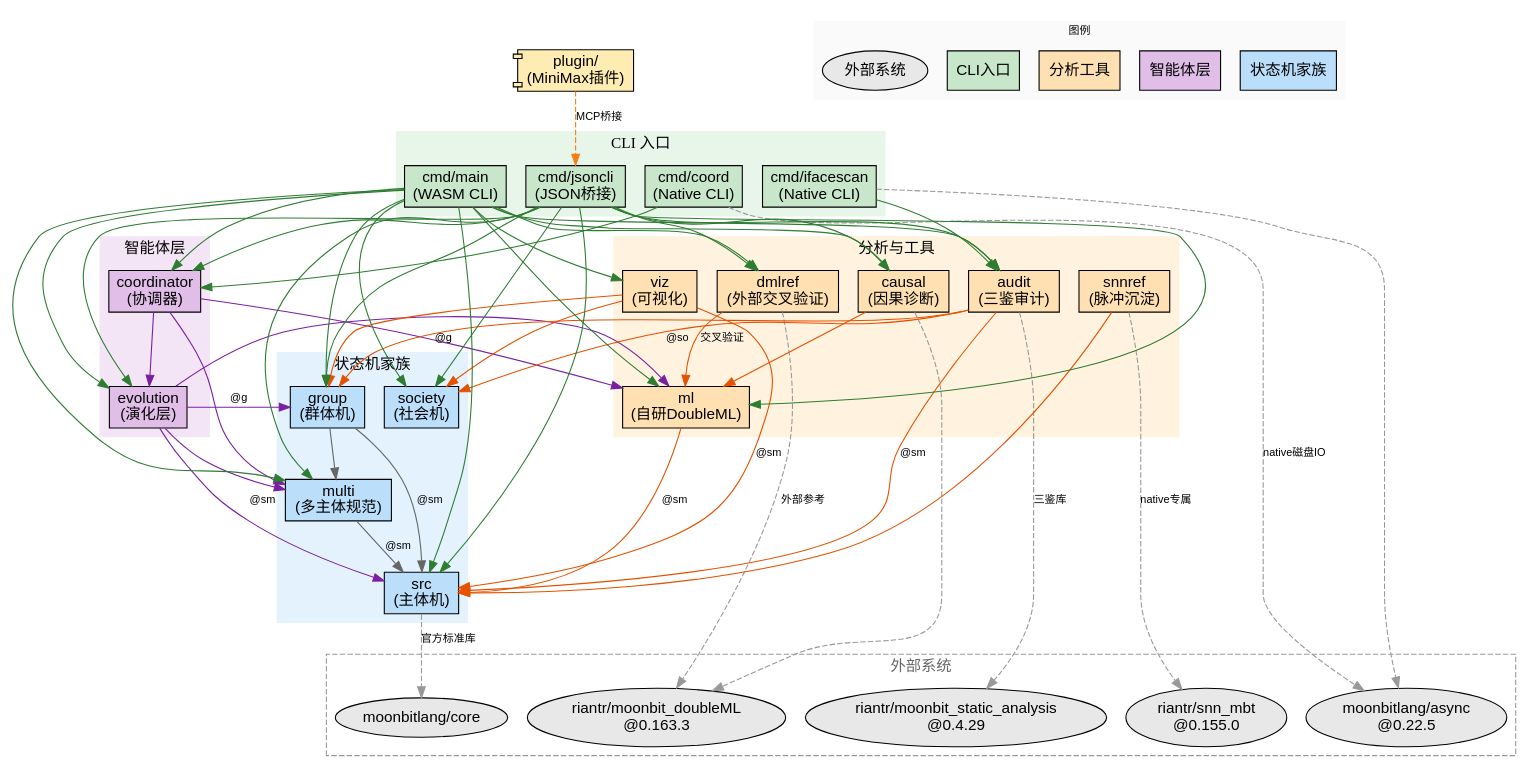
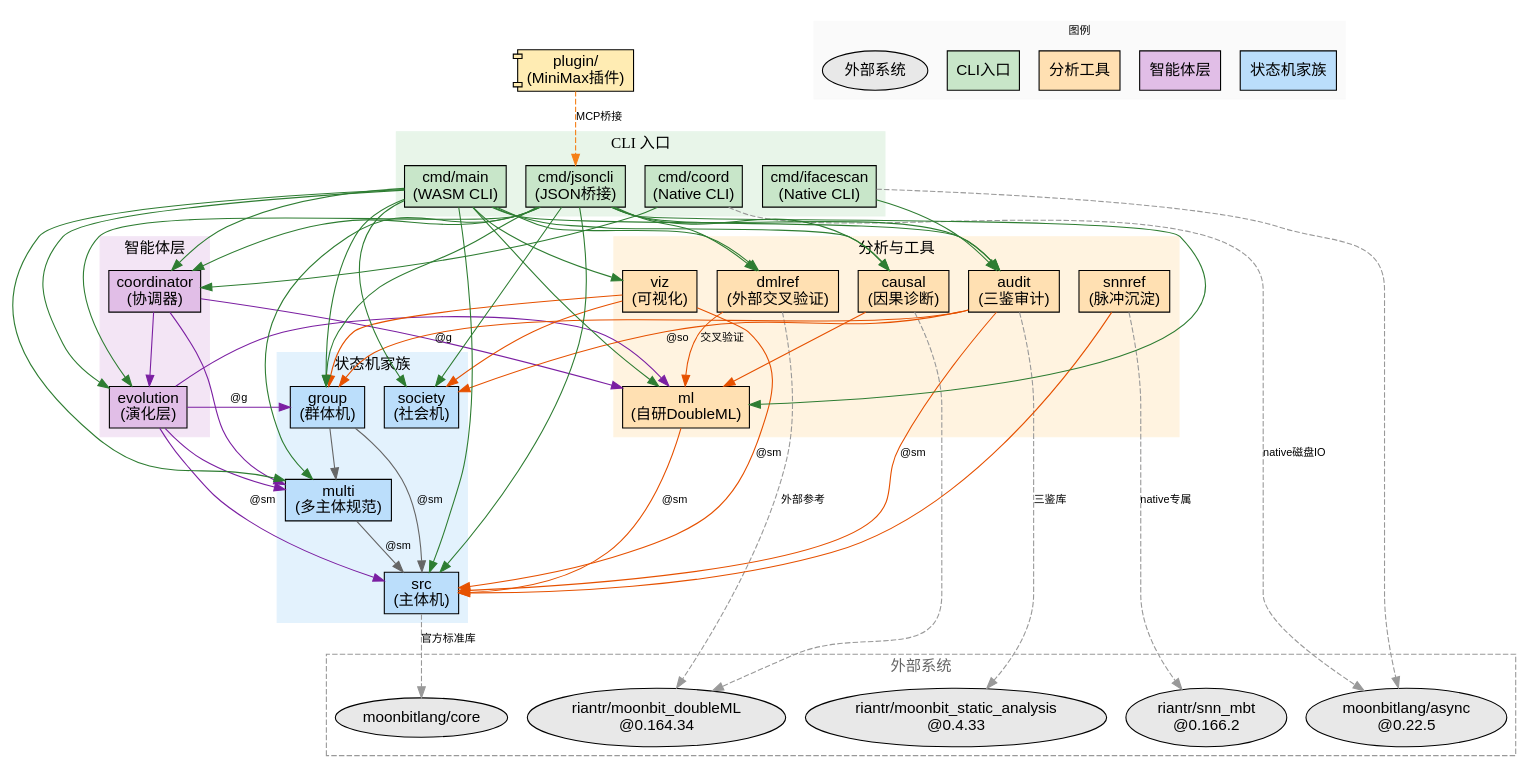
One commit to riantr/pyroduct changed the diagram in architecture/module-dependencies.dot. Above: the diagram before and after it, drawn with Graphviz. The commit also changed 52 other files, not shown here.

```diff
--- a/architecture/module-dependencies.dot
+++ b/architecture/module-dependencies.dot
@@ -1,158 +1,158 @@
 // Pyroduct Module Dependency Graph
 // Skill: system-modeler + graphviz
 // Date: 2026-10-11
 // Scope: Internal package dependencies and external system boundaries
 // Note: rankdir=TB for dense relationship graph
 
-// model-version: 0.1.32
+// model-version: 0.1.33
 digraph pyroduct_modules {
     rankdir=TB;
     node [shape=box, style=filled, fontname="Arial"];
     edge [fontname="Arial", fontsize=10];
 
     // External systems (boundary)
     subgraph cluster_external {
         label="外部系统";
         style=dashed;
         color="#999999";
         fontcolor="#666666";
 
         moonbit_core [label="moonbitlang/core", fillcolor="#E8E8E8", shape=ellipse];
         moonbit_async [label="moonbitlang/async\n@0.22.5", fillcolor="#E8E8E8", shape=ellipse];
-        moonbit_doubleml [label="riantr/moonbit_doubleML\n@0.163.3", fillcolor="#E8E8E8", shape=ellipse];
-        moonbit_snn [label="riantr/snn_mbt\n@0.155.0", fillcolor="#E8E8E8", shape=ellipse];
-        moonbit_sa [label="riantr/moonbit_static_analysis\n@0.4.29", fillcolor="#E8E8E8", shape=ellipse];
+        moonbit_doubleml [label="riantr/moonbit_doubleML\n@0.164.34", fillcolor="#E8E8E8", shape=ellipse];
+        moonbit_snn [label="riantr/snn_mbt\n@0.166.2", fillcolor="#E8E8E8", shape=ellipse];
+        moonbit_sa [label="riantr/moonbit_static_analysis\n@0.4.33", fillcolor="#E8E8E8", shape=ellipse];
     }
 
     // State machine family (core)
     subgraph cluster_statemachine {
         label="状态机家族";
         style=filled;
         color="#E3F2FD";
 
         src [label="src\n(主体机)", fillcolor="#BBDEFB"];
         multi [label="multi\n(多主体规范)", fillcolor="#BBDEFB"];
         group [label="group\n(群体机)", fillcolor="#BBDEFB"];
         society [label="society\n(社会机)", fillcolor="#BBDEFB"];
     }
 
     // Agent layer
     subgraph cluster_agent {
         label="智能体层";
         style=filled;
         color="#F3E5F5";
 
         evolution [label="evolution\n(演化层)", fillcolor="#E1BEE7"];
         coordinator [label="coordinator\n(协调器)", fillcolor="#E1BEE7"];
     }
 
     // Analysis & tools
     subgraph cluster_analysis {
         label="分析与工具";
         style=filled;
         color="#FFF3E0";
 
         ml [label="ml\n(自研DoubleML)", fillcolor="#FFE0B2"];
         dmlref [label="dmlref\n(外部交叉验证)", fillcolor="#FFE0B2"];
         causal [label="causal\n(因果诊断)", fillcolor="#FFE0B2"];
         audit [label="audit\n(三鉴审计)", fillcolor="#FFE0B2"];
         snnref [label="snnref\n(脉冲沉淀)", fillcolor="#FFE0B2"];
         viz [label="viz\n(可视化)", fillcolor="#FFE0B2"];
     }
 
     // CLI entry points
     subgraph cluster_cli {
         label="CLI 入口";
         style=filled;
         color="#E8F5E9";
 
         cmd_main [label="cmd/main\n(WASM CLI)", fillcolor="#C8E6C9"];
         cmd_coord [label="cmd/coord\n(Native CLI)", fillcolor="#C8E6C9"];
         cmd_ifacescan [label="cmd/ifacescan\n(Native CLI)", fillcolor="#C8E6C9"];
         cmd_jsoncli [label="cmd/jsoncli\n(JSON桥接)", fillcolor="#C8E6C9"];
     }
 
     // Plugin
     plugin [label="plugin/\n(MiniMax插件)", fillcolor="#FFECB3", shape=component];
 
     // Internal dependencies
     // State machine family
     multi -> src [label="@sm", color="#666666"];
     group -> src [label="@sm", color="#666666"];
     group -> multi [color="#666666"];
     // society: zero imports (基础包)
 
     // Agent layer
     evolution -> src [label="@sm", color="#7B1FA2"];
     evolution -> multi [color="#7B1FA2"];
     evolution -> group [label="@g", color="#7B1FA2"];
     evolution -> ml [color="#7B1FA2"];
 
     coordinator -> multi [color="#7B1FA2"];
     coordinator -> ml [color="#7B1FA2"];
     coordinator -> evolution [color="#7B1FA2"];
 
     // Analysis
     ml -> src [label="@sm", color="#E65100"];
     dmlref -> ml [label="交叉验证", color="#E65100"];
     causal -> ml [color="#E65100"];
     audit -> src [label="@sm", color="#E65100"];
     audit -> group [label="@g", color="#E65100"];
     audit -> society [label="@so", color="#E65100"];
     snnref -> src [color="#E65100"];
     viz -> src [label="@sm", color="#E65100"];
     viz -> group [color="#E65100"];
     viz -> society [color="#E65100"];
 
     // CLI dependencies
     cmd_main -> src [color="#2E7D32"];
     cmd_main -> multi [color="#2E7D32"];
     cmd_main -> group [color="#2E7D32"];
     cmd_main -> society [color="#2E7D32"];
     cmd_main -> evolution [color="#2E7D32"];
     cmd_main -> coordinator [color="#2E7D32"];
     cmd_main -> ml [color="#2E7D32"];
     cmd_main -> dmlref [color="#2E7D32"];
     cmd_main -> causal [color="#2E7D32"];
     cmd_main -> audit [color="#2E7D32"];
     cmd_main -> viz [color="#2E7D32"];
 
     cmd_coord -> coordinator [color="#2E7D32"];
     cmd_ifacescan -> audit [color="#2E7D32"];
     cmd_jsoncli -> src [color="#2E7D32"];
     cmd_jsoncli -> multi [color="#2E7D32"];
     cmd_jsoncli -> group [color="#2E7D32"];
     cmd_jsoncli -> society [color="#2E7D32"];
     cmd_jsoncli -> evolution [color="#2E7D32"];
     cmd_jsoncli -> coordinator [color="#2E7D32"];
     cmd_jsoncli -> ml [color="#2E7D32"];
     cmd_jsoncli -> dmlref [color="#2E7D32"];
     cmd_jsoncli -> causal [color="#2E7D32"];
     cmd_jsoncli -> audit [color="#2E7D32"];
 
     // External dependencies
     src -> moonbit_core [label="官方标准库", style=dashed, color="#999999"];
     cmd_coord -> moonbit_async [label="native磁盘IO", style=dashed, color="#999999"];
     cmd_ifacescan -> moonbit_async [style=dashed, color="#999999"];
     dmlref -> moonbit_doubleml [label="外部参考", style=dashed, color="#999999"];
     causal -> moonbit_doubleml [style=dashed, color="#999999"];
     snnref -> moonbit_snn [label="native专属", style=dashed, color="#999999"];
     audit -> moonbit_sa [label="三鉴库", style=dashed, color="#999999"];
 
     // Plugin
     plugin -> cmd_jsoncli [label="MCP桥接", style=dashed, color="#F57F17"];
 
     // Legend
     subgraph cluster_legend {
         label="图例";
         style=filled;
         color="#FAFAFA";
         fontsize=10;
 
         legend_core [label="状态机家族", fillcolor="#BBDEFB", shape=box];
         legend_agent [label="智能体层", fillcolor="#E1BEE7", shape=box];
         legend_analysis [label="分析工具", fillcolor="#FFE0B2", shape=box];
         legend_cli [label="CLI入口", fillcolor="#C8E6C9", shape=box];
         legend_external [label="外部系统", fillcolor="#E8E8E8", shape=ellipse];
     }
 }
```
